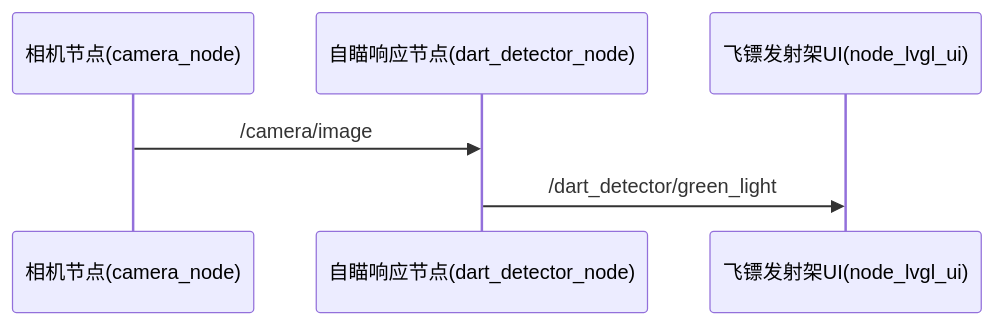
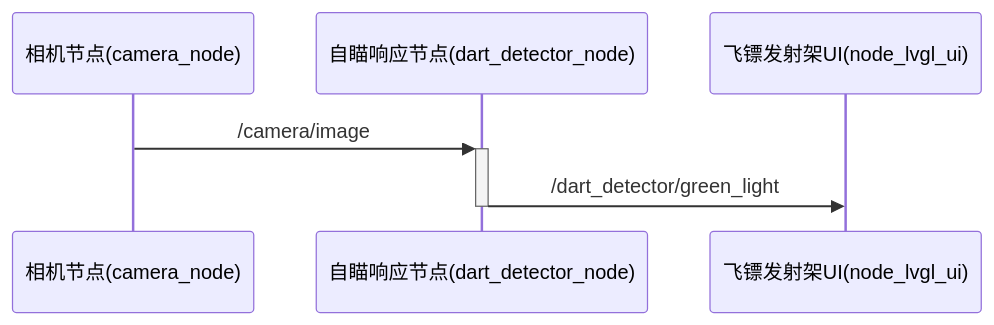
The second of 3 diagrams in README.md (CodeMax-aaaaa/dart-ros2-workspace), drawn with Mermaid before and after one commit.

````diff
--- a/README.md
+++ b/README.md
@@ -27,8 +27,8 @@
 ```mermaid
 sequenceDiagram
     participant B as 相机节点(camera_node)
     participant A as 自瞄响应节点(dart_detector_node)
     participant C as 飞镖发射架UI(node_lvgl_ui)
-    B->>A: /camera/image
-    A->>C: /dart_detector/green_light
+    B->>+A: /camera/image
+    A->>-C: /dart_detector/green_light
 ```
````
